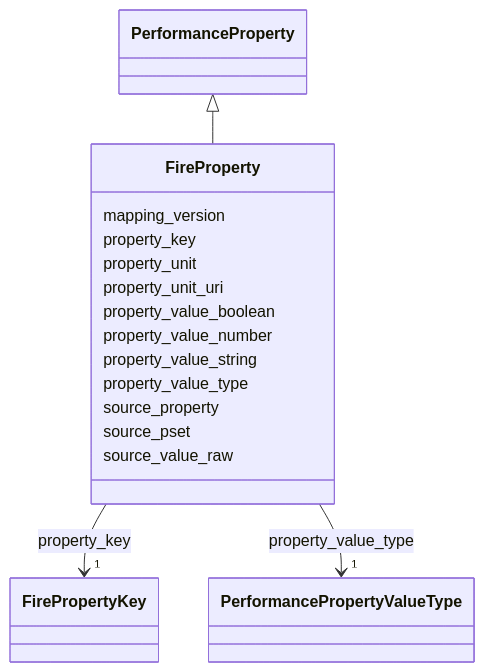
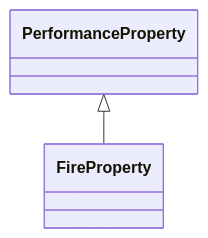
One commit to simondilhas/pragmatic-bim-data-contract changed the diagram in site/.md-src/schema/FireProperty.md. Above: the diagram before and after it, drawn with Mermaid. The commit also changed other lines of this file and 561 other files, not shown here.

First line of the commit message:
Integrate Mermaid and Panzoom for enhanced documentation visualization

````diff
--- a/site/.md-src/schema/FireProperty.md
+++ b/site/.md-src/schema/FireProperty.md
@@ -23,22 +23,10 @@
 ```mermaid
- classDiagram
-    class FireProperty
-    click FireProperty href "./FireProperty.html"
-      PerformanceProperty <|-- FireProperty
-        click PerformanceProperty href "./PerformanceProperty.html"
-      FireProperty : mapping_version
-      FireProperty : property_key
-        FireProperty --> "1" FirePropertyKey : property_key
-        click FirePropertyKey href "./FirePropertyKey.html"
-      FireProperty : property_unit
-      FireProperty : property_unit_uri
-      FireProperty : property_value_boolean
-      FireProperty : property_value_number
-      FireProperty : property_value_string
-      FireProperty : property_value_type
-        FireProperty --> "1" PerformancePropertyValueType : property_value_type
-        click PerformancePropertyValueType href "./PerformancePropertyValueType.html"
-      FireProperty : source_property
-      FireProperty : source_pset
-      FireProperty : source_value_raw
+classDiagram
+direction TB
+class FireProperty
+click FireProperty href "./FireProperty.html" _blank
+PerformanceProperty <|-- FireProperty
+click PerformanceProperty href "./PerformanceProperty.html" _blank
+click FirePropertyKey href "./FirePropertyKey.html" _blank
+click PerformancePropertyValueType href "./PerformancePropertyValueType.html" _blank
 ```
````
